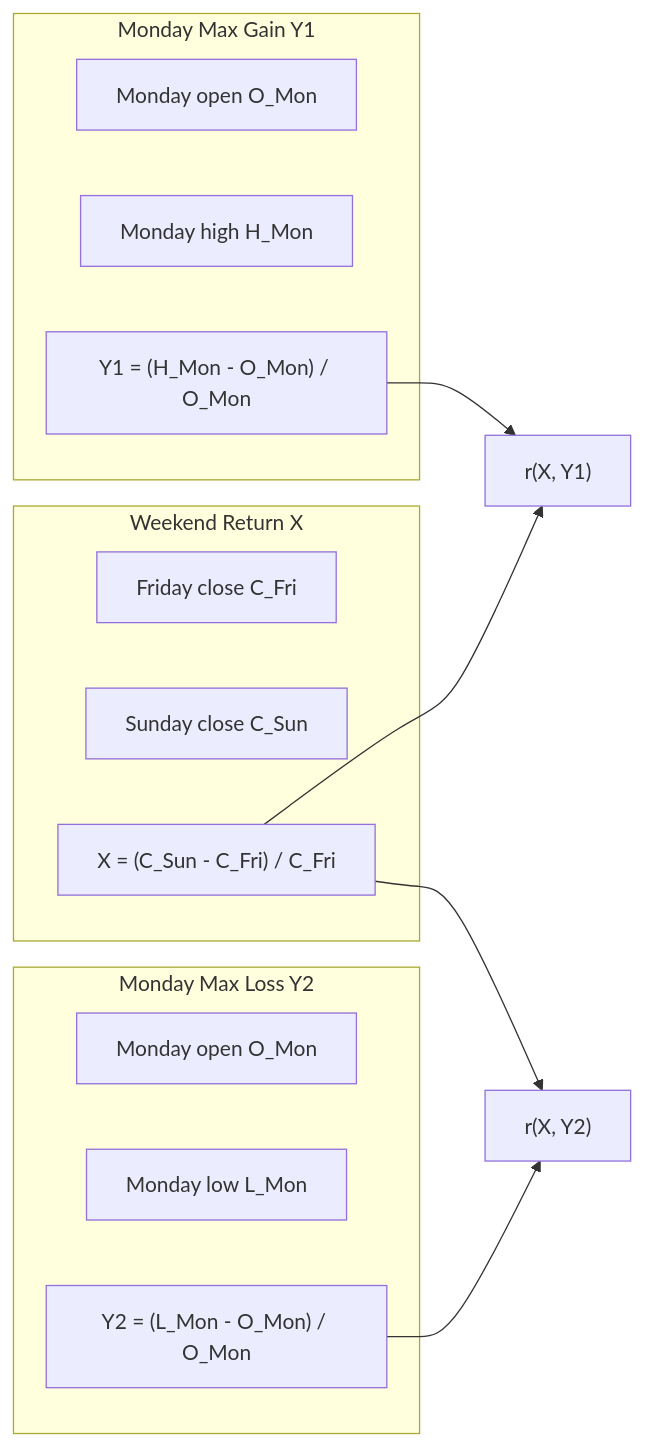
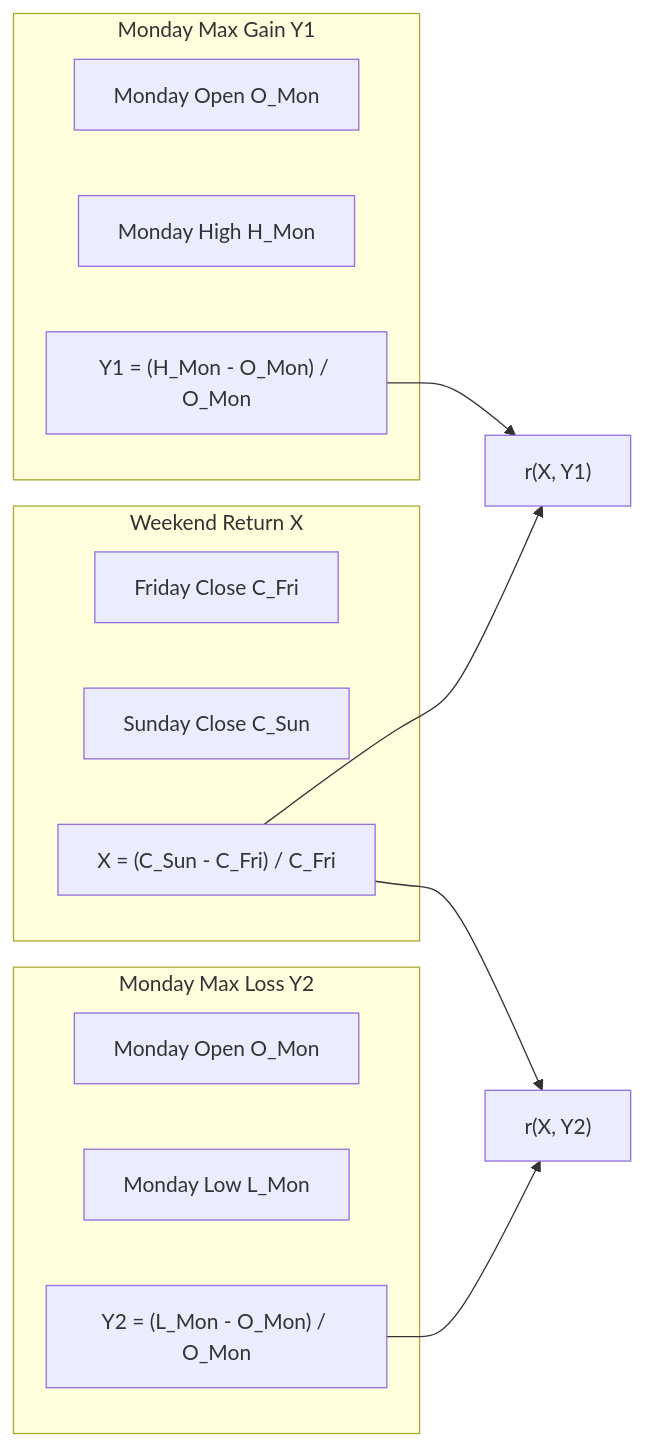
Before and after one commit to RESBI/StockStatistic: diagram 17 of 23 in DESIGN.md, drawn with Mermaid. The commit also changed other lines of this file, not shown here.

````diff
--- a/DESIGN.md
+++ b/DESIGN.md
@@ -1277,25 +1292,25 @@
 ```mermaid
 graph LR
     subgraph "Weekend Return X"
-        F["Friday close C_Fri"]
-        S["Sunday close C_Sun"]
+        F["Friday Close C_Fri"]
+        S["Sunday Close C_Sun"]
         X["X = (C_Sun - C_Fri) / C_Fri"]
     end
     
     subgraph "Monday Max Gain Y1"
-        MO["Monday open O_Mon"]
-        MH["Monday high H_Mon"]
+        MO["Monday Open O_Mon"]
+        MH["Monday High H_Mon"]
         Y1["Y1 = (H_Mon - O_Mon) / O_Mon"]
     end
 
     subgraph "Monday Max Loss Y2"
-        MO2["Monday open O_Mon"]
-        ML["Monday low L_Mon"]
+        MO2["Monday Open O_Mon"]
+        ML["Monday Low L_Mon"]
         Y2["Y2 = (L_Mon - O_Mon) / O_Mon"]
     end
     
     X --> CORR1["r(X, Y1)"]
     Y1 --> CORR1
     X --> CORR2["r(X, Y2)"]
     Y2 --> CORR2
 ```
````
